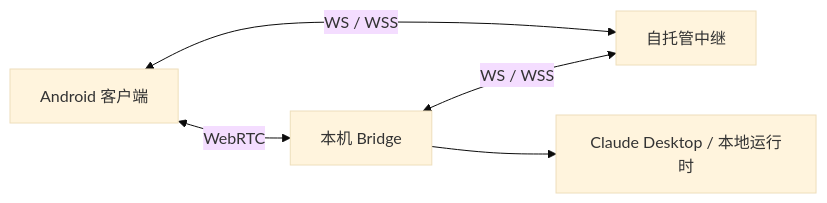
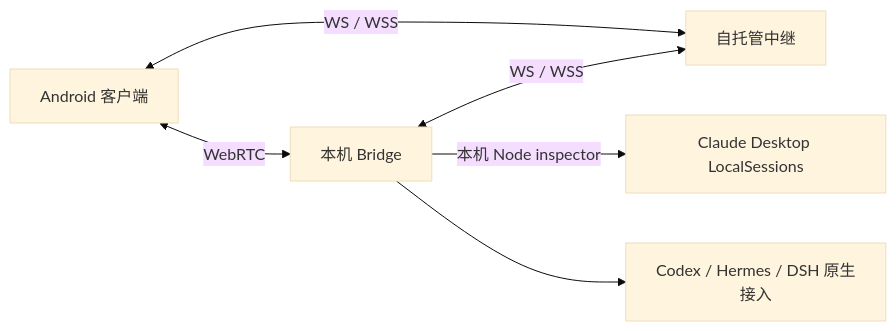
Before and after one commit to Lycidas97/claude-desktop-bridge: the diagram in README.md, drawn with Mermaid (base theme). The commit also changed other lines of this file and 157 other files, not shown here.

First line of the commit message:
feat: release 1.3 native Claude Desktop bridge

````diff
--- a/README.md
+++ b/README.md
@@ -103,7 +121,8 @@
 ```mermaid
 flowchart LR
   Phone[Android 客户端] <-->|WebRTC| Host[本机 Bridge]
   Phone <-->|WS / WSS| Relay[自托管中继]
   Host <-->|WS / WSS| Relay
-  Host --> Runtime[Claude Desktop / 本地运行时]
+  Host -->|本机 Node inspector| Claude[Claude Desktop LocalSessions]
+  Host --> Runtime[Codex / Hermes / DSH 原生接入]
 ```
````
